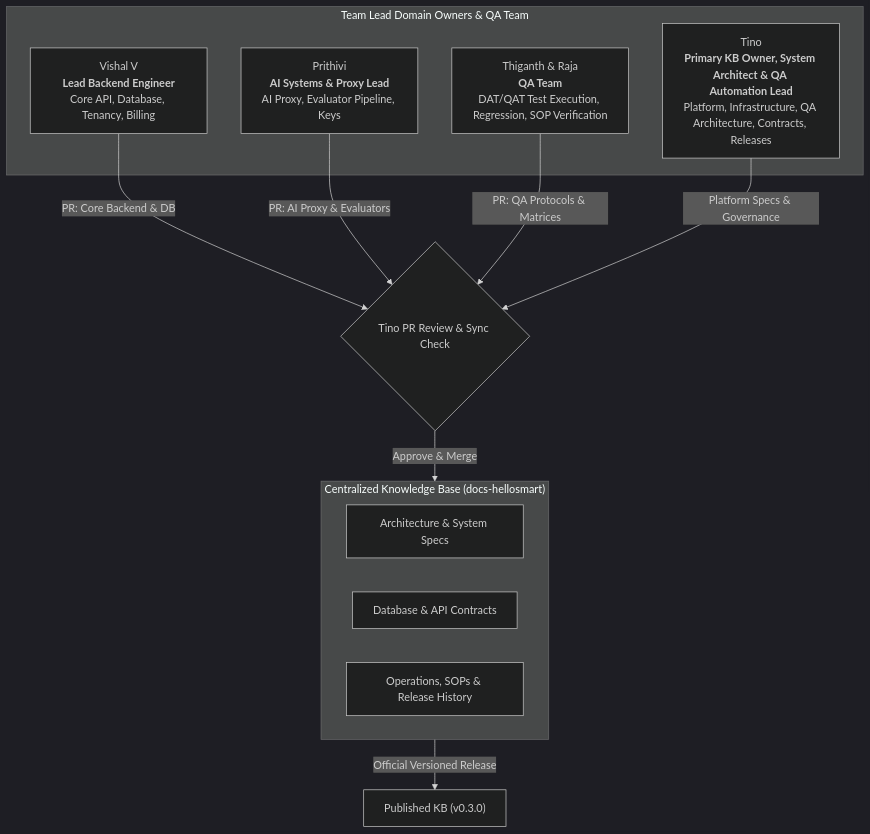
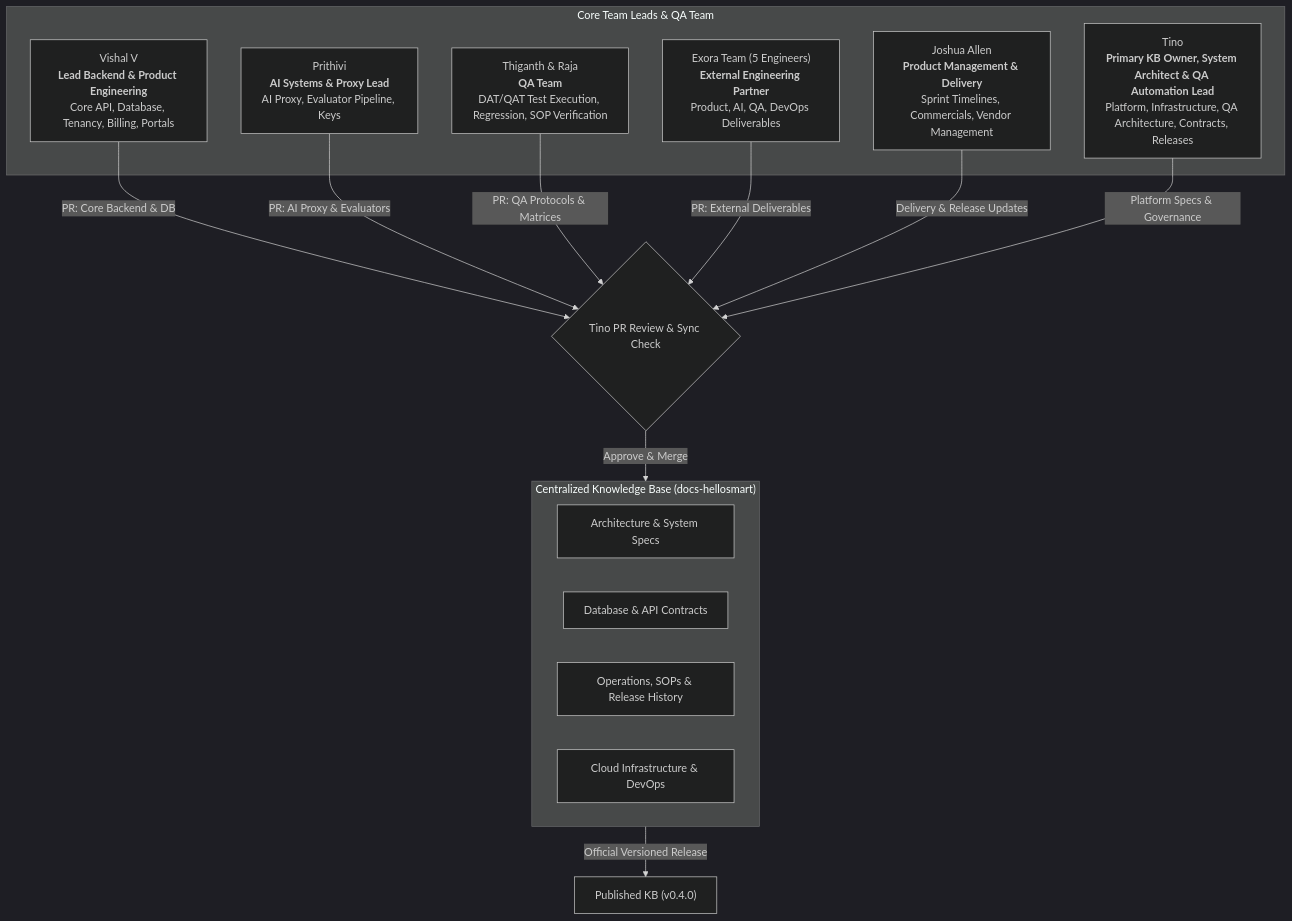
Before and after one commit to infinitica-dev/docs-hellosmart: the first of 2 diagrams in content/docs/operations/knowledge-base-governance.mdx, drawn with Mermaid (dark theme). The commit also changed other lines of this file and 1 other file, not shown here.

Commit message:
docs(release): publish v0.4.0 knowledge base and governance updates

````diff
--- a/content/docs/operations/knowledge-base-governance.mdx
+++ b/content/docs/operations/knowledge-base-governance.mdx
@@ -20,23 +20,28 @@
 ```mermaid
 flowchart TD
-    subgraph Leads["Team Lead Domain Owners & QA Team"]
+    subgraph Leads["Core Team Leads & QA Team"]
         Tino["Tino<br/><b>Primary KB Owner, System Architect & QA Automation Lead</b><br/>Platform, Infrastructure, QA Architecture, Contracts, Releases"]
-        Vishal["Vishal V<br/><b>Lead Backend Engineer</b><br/>Core API, Database, Tenancy, Billing"]
+        Vishal["Vishal V<br/><b>Lead Backend & Product Engineering</b><br/>Core API, Database, Tenancy, Billing, Portals"]
         Prithivi["Prithivi<br/><b>AI Systems & Proxy Lead</b><br/>AI Proxy, Evaluator Pipeline, Keys"]
+        Allen["Joshua Allen<br/><b>Product Management & Delivery</b><br/>Sprint Timelines, Commercials, Vendor Management"]
         QA["Thiganth & Raja<br/><b>QA Team</b><br/>DAT/QAT Test Execution, Regression, SOP Verification"]
+        Exora["Exora Team (5 Engineers)<br/><b>External Engineering Partner</b><br/>Product, AI, QA, DevOps Deliverables"]
     end
 
     subgraph Repo["Centralized Knowledge Base (docs-hellosmart)"]
         Gov["Architecture & System Specs"]
         Schema["Database & API Contracts"]
         Ops["Operations, SOPs & Release History"]
+        Infra["Cloud Infrastructure & DevOps"]
     end
 
     Vishal -- "PR: Core Backend & DB" --> PRReview{"Tino PR Review & Sync Check"}
     Prithivi -- "PR: AI Proxy & Evaluators" --> PRReview
     QA -- "PR: QA Protocols & Matrices" --> PRReview
+    Exora -- "PR: External Deliverables" --> PRReview
+    Allen -- "Delivery & Release Updates" --> PRReview
     Tino -- "Platform Specs & Governance" --> PRReview
 
     PRReview -- "Approve & Merge" --> Repo
-    Repo -- "Official Versioned Release" --> Pub["Published KB (v0.3.0)"]
+    Repo -- "Official Versioned Release" --> Pub["Published KB (v0.4.0)"]
 ```
````
